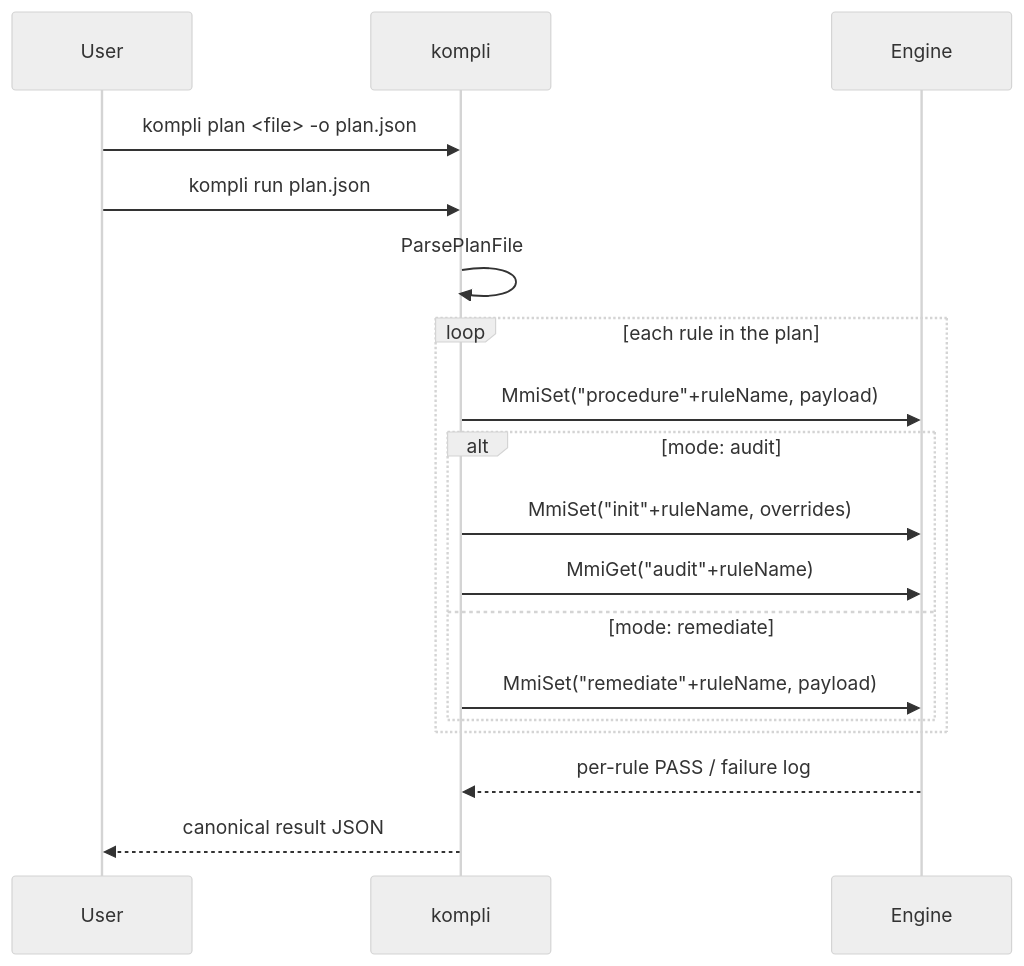
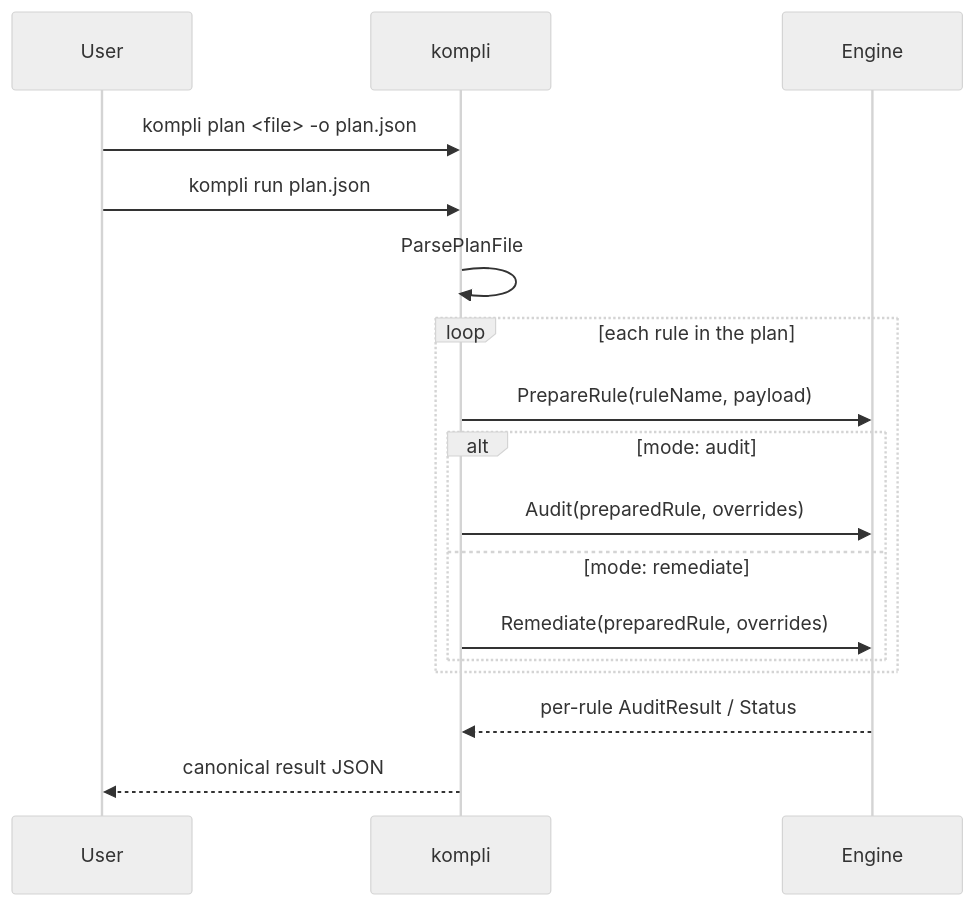
The fourth of 5 diagrams in docs/architecture.md (microsoft/kompli), drawn with Mermaid (neutral theme) before and after one commit. The commit also changed other lines of this file, not shown here.

Commit message:
docs: rewrite architecture.md's MMI sections around ADR-0007's typed Engine API

````diff
--- a/docs/architecture.md
+++ b/docs/architecture.md
@@ -361,20 +263,19 @@
 ```mermaid
 sequenceDiagram
     participant User
     participant CLI as kompli
     participant Engine
     User->>CLI: kompli plan <file> -o plan.json
     User->>CLI: kompli run plan.json
     CLI->>CLI: ParsePlanFile
     loop each rule in the plan
-        CLI->>Engine: MmiSet("procedure"+ruleName, payload)
+        CLI->>Engine: PrepareRule(ruleName, payload)
         alt mode: audit
-            CLI->>Engine: MmiSet("init"+ruleName, overrides)
-            CLI->>Engine: MmiGet("audit"+ruleName)
+            CLI->>Engine: Audit(preparedRule, overrides)
         else mode: remediate
-            CLI->>Engine: MmiSet("remediate"+ruleName, payload)
+            CLI->>Engine: Remediate(preparedRule, overrides)
         end
     end
-    Engine-->>CLI: per-rule PASS / failure log
+    Engine-->>CLI: per-rule AuditResult / Status
     CLI-->>User: canonical result JSON
 ```
````
